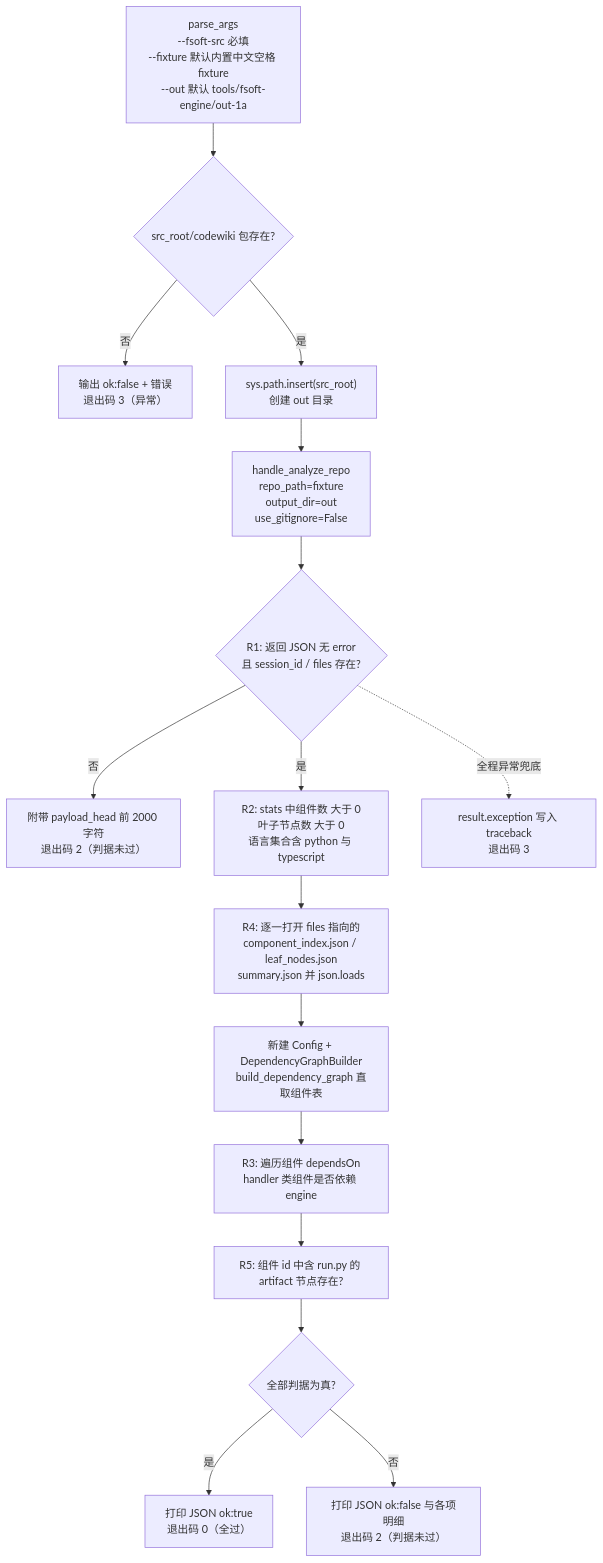
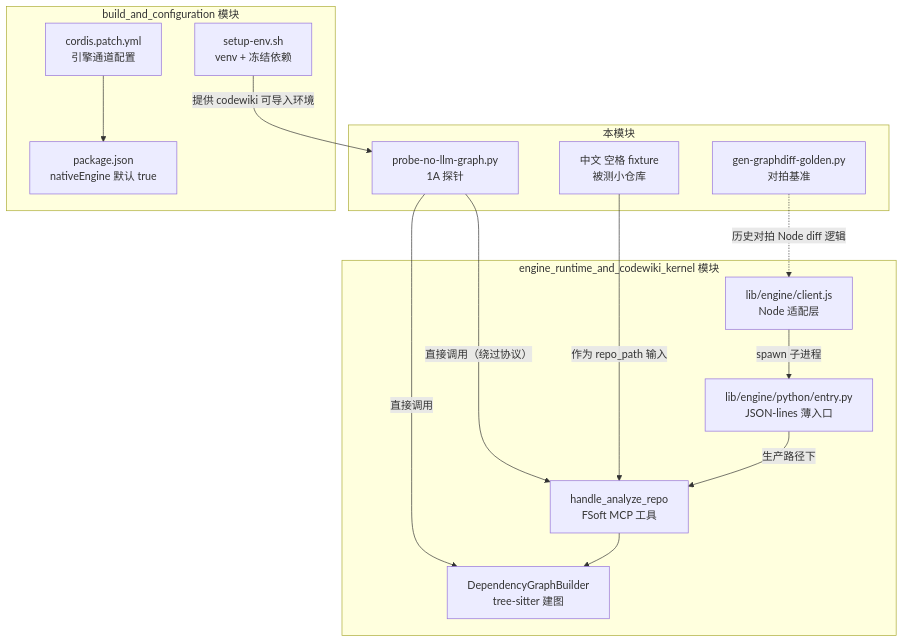
The fourth of 4 diagrams in .codewiki/_native-state/docs/test_fixtures_and_probes.md (ikliml666/dsh-codewiki), drawn with Mermaid before and after one commit. The commit also changed other lines of this file and 88 other files, not shown here.

````diff
--- a/.codewiki/_native-state/docs/test_fixtures_and_probes.md
+++ b/.codewiki/_native-state/docs/test_fixtures_and_probes.md
@@ -133,18 +196,31 @@
 ```mermaid
-flowchart TD
-  A["parse_args<br/>--fsoft-src 必填<br/>--fixture 默认内置中文空格 fixture<br/>--out 默认 tools/fsoft-engine/out-1a"] --> B{"src_root/codewiki 包存在?"}
-  B -- 否 --> X3["输出 ok:false + 错误<br/>退出码 3（异常）"]
-  B -- 是 --> C["sys.path.insert(src_root)<br/>创建 out 目录"]
-  C --> D["handle_analyze_repo<br/>repo_path=fixture<br/>output_dir=out<br/>use_gitignore=False"]
-  D --> E{"R1: 返回 JSON 无 error<br/>且 session_id / files 存在?"}
-  E -- 否 --> Y2["附带 payload_head 前 2000 字符<br/>退出码 2（判据未过）"]
-  E -- 是 --> F["R2: stats 中组件数 大于 0<br/>叶子节点数 大于 0<br/>语言集合含 python 与 typescript"]
-  F --> G["R4: 逐一打开 files 指向的<br/>component_index.json / leaf_nodes.json<br/>summary.json 并 json.loads"]
-  G --> H["新建 Config + DependencyGraphBuilder<br/>build_dependency_graph 直取组件表"]
-  H --> I["R3: 遍历组件 dependsOn<br/>handler 类组件是否依赖 engine"]
-  I --> J["R5: 组件 id 中含 run.py 的 artifact 节点存在?"]
-  J --> K{"全部判据为真?"}
-  K -- 是 --> Z0["打印 JSON ok:true<br/>退出码 0（全过）"]
-  K -- 否 --> Z2["打印 JSON ok:false 与各项明细<br/>退出码 2（判据未过）"]
-  E -. "全程异常兜底" .-> EX["result.exception 写入 traceback<br/>退出码 3"]
+flowchart TB
+    subgraph 本模块
+        G["gen-graphdiff-golden.py<br/>对拍基准"]
+        PR["probe-no-llm-graph.py<br/>1A 探针"]
+        FX["中文 空格 fixture<br/>被测小仓库"]
+    end
+
+    subgraph "build_and_configuration 模块"
+        SE["setup-env.sh<br/>venv + 冻结依赖"]
+        PJ["package.json<br/>nativeEngine 默认 true"]
+        CP["cordis.patch.yml<br/>引擎通道配置"]
+    end
+
+    subgraph "engine_runtime_and_codewiki_kernel 模块"
+        HB["handle_analyze_repo<br/>FSoft MCP 工具"]
+        DB["DependencyGraphBuilder<br/>tree-sitter 建图"]
+        ENTRY["lib/engine/python/entry.py<br/>JSON-lines 薄入口"]
+        CLIENT["lib/engine/client.js<br/>Node 适配层"]
+    end
+
+    SE -->|"提供 codewiki 可导入环境"| PR
+    PR -->|"直接调用（绕过协议）"| HB
+    PR -->|"直接调用"| DB
+    HB --> DB
+    FX -->|"作为 repo_path 输入"| HB
+    G -.->|"历史对拍 Node diff 逻辑"| CLIENT
+    ENTRY -->|"生产路径下"| HB
+    CLIENT -->|"spawn 子进程"| ENTRY
+    CP --> PJ
 ```
````
